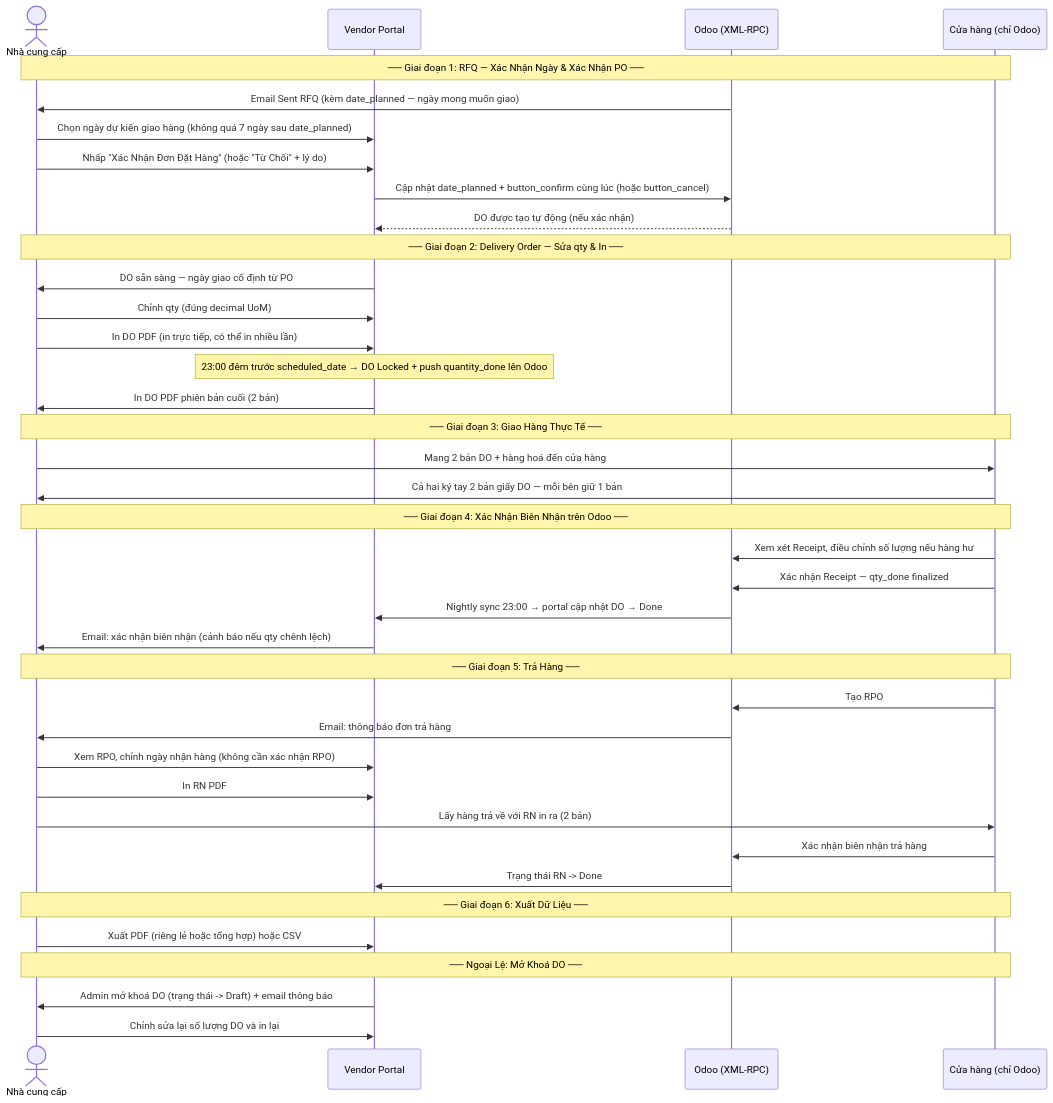
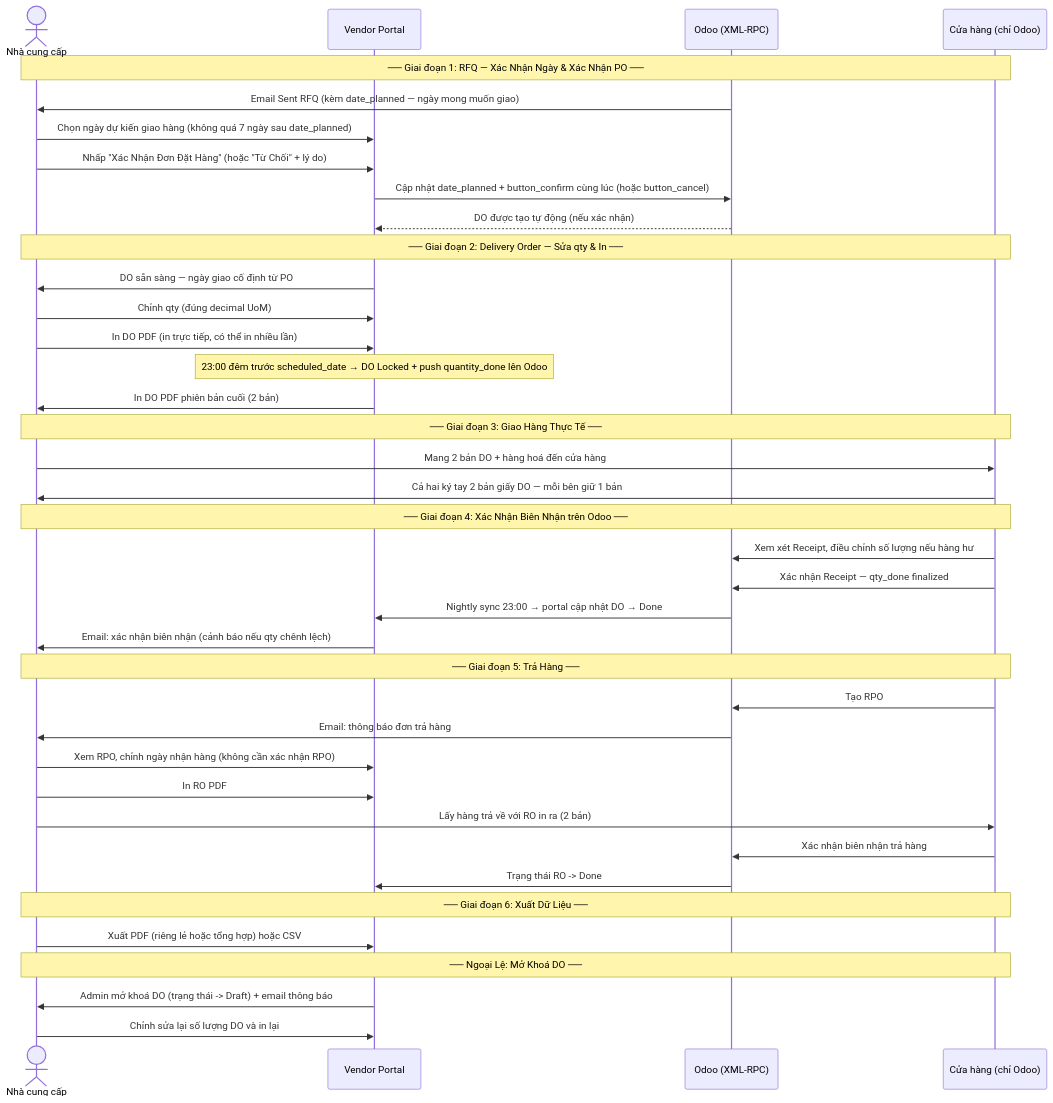
One commit to ngohuuduc/3S_vendor_portal changed the third of 5 diagrams in PROCESS_FLOW.md. Above: the diagram before and after it, drawn with Mermaid. The commit also changed other lines of this file and 3 other files, not shown here.

````diff
--- a/PROCESS_FLOW.md
+++ b/PROCESS_FLOW.md
@@ -118,47 +118,47 @@
 ```mermaid
 sequenceDiagram
     actor Vendor as Nhà cung cấp
     participant Portal as Vendor Portal
     participant Odoo as Odoo (XML-RPC)
     participant Store as Cửa hàng (chỉ Odoo)
 
     Note over Vendor,Store: ── Giai đoạn 1: RFQ — Xác Nhận Ngày & Xác Nhận PO ──
     Odoo->>Vendor: Email Sent RFQ (kèm date_planned — ngày mong muốn giao)
     Vendor->>Portal: Chọn ngày dự kiến giao hàng (không quá 7 ngày sau date_planned)
     Vendor->>Portal: Nhấp "Xác Nhận Đơn Đặt Hàng" (hoặc "Từ Chối" + lý do)
     Portal->>Odoo: Cập nhật date_planned + button_confirm cùng lúc (hoặc button_cancel)
     Odoo-->>Portal: DO được tạo tự động (nếu xác nhận)
 
     Note over Vendor,Store: ── Giai đoạn 2: Delivery Order — Sửa qty & In ──
     Portal->>Vendor: DO sẵn sàng — ngày giao cố định từ PO
     Vendor->>Portal: Chỉnh qty (đúng decimal UoM)
     Vendor->>Portal: In DO PDF (in trực tiếp, có thể in nhiều lần)
     Note over Portal: 23:00 đêm trước scheduled_date → DO Locked + push quantity_done lên Odoo
     Portal->>Vendor: In DO PDF phiên bản cuối (2 bản)
 
     Note over Vendor,Store: ── Giai đoạn 3: Giao Hàng Thực Tế ──
     Vendor->>Store: Mang 2 bản DO + hàng hoá đến cửa hàng
     Store->>Vendor: Cả hai ký tay 2 bản giấy DO — mỗi bên giữ 1 bản
 
     Note over Vendor,Store: ── Giai đoạn 4: Xác Nhận Biên Nhận trên Odoo ──
     Store->>Odoo: Xem xét Receipt, điều chỉnh số lượng nếu hàng hư
     Store->>Odoo: Xác nhận Receipt — qty_done finalized
     Odoo->>Portal: Nightly sync 23:00 → portal cập nhật DO → Done
     Portal->>Vendor: Email: xác nhận biên nhận (cảnh báo nếu qty chênh lệch)
 
     Note over Vendor,Store: ── Giai đoạn 5: Trả Hàng ──
     Store->>Odoo: Tạo RPO
     Odoo->>Vendor: Email: thông báo đơn trả hàng
     Vendor->>Portal: Xem RPO, chỉnh ngày nhận hàng (không cần xác nhận RPO)
-    Vendor->>Portal: In RN PDF
-    Vendor->>Store: Lấy hàng trả về với RN in ra (2 bản)
+    Vendor->>Portal: In RO PDF
+    Vendor->>Store: Lấy hàng trả về với RO in ra (2 bản)
     Store->>Odoo: Xác nhận biên nhận trả hàng
-    Odoo->>Portal: Trạng thái RN -> Done
+    Odoo->>Portal: Trạng thái RO -> Done
 
     Note over Vendor,Store: ── Giai đoạn 6: Xuất Dữ Liệu ──
     Vendor->>Portal: Xuất PDF (riêng lẻ hoặc tổng hợp) hoặc CSV
 
     Note over Vendor,Store: ── Ngoại Lệ: Mở Khoá DO ──
     Portal->>Vendor: Admin mở khoá DO (trạng thái -> Draft) + email thông báo
     Vendor->>Portal: Chỉnh sửa lại số lượng DO và in lại
 ```
````
